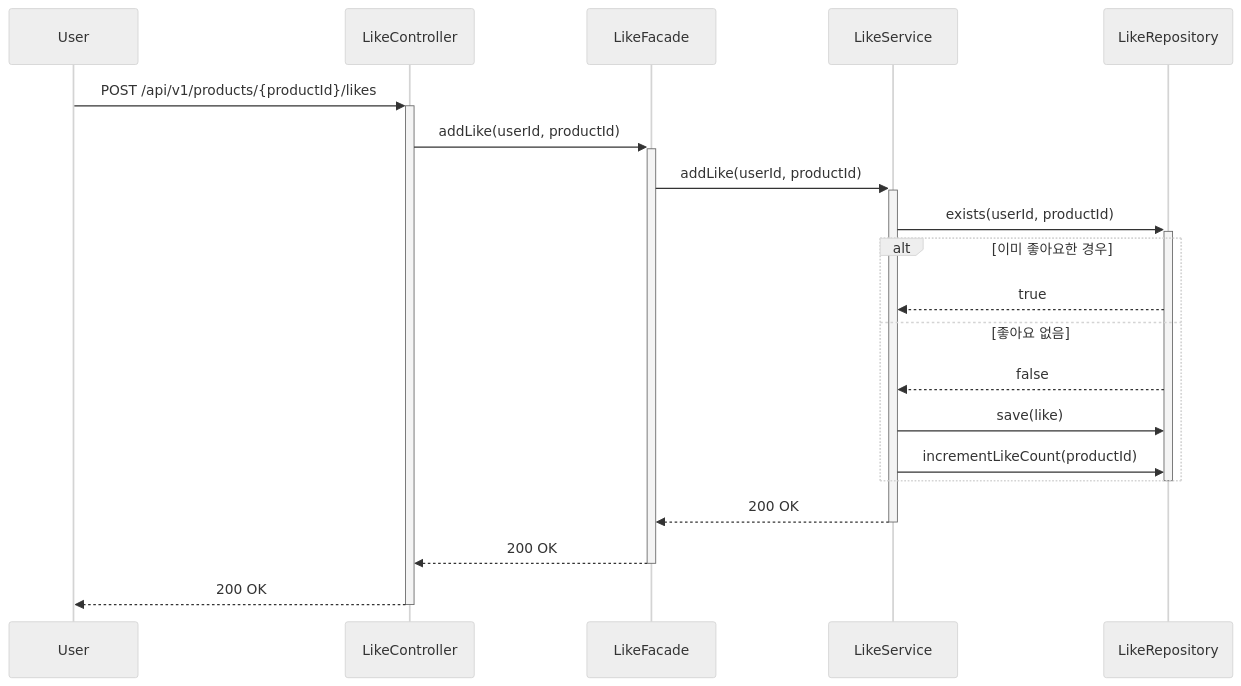
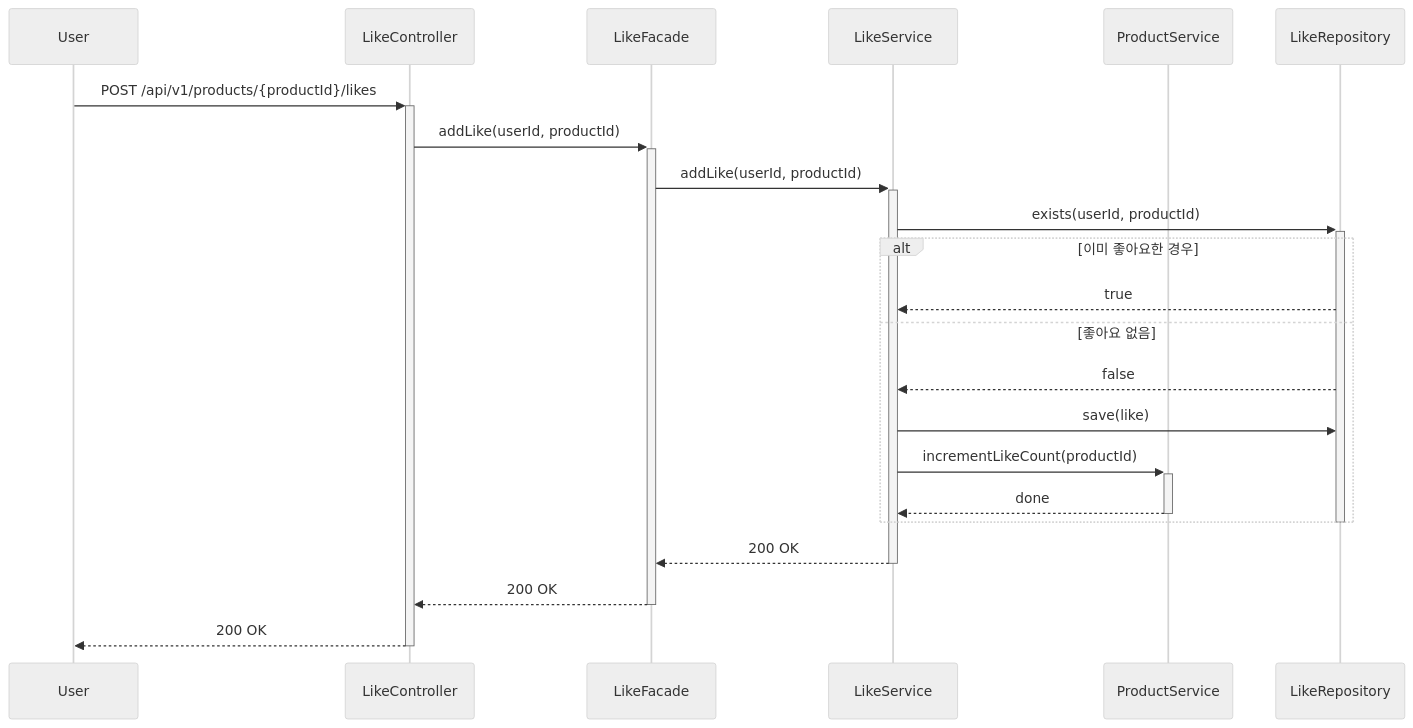
Before and after one commit to loopers-labs/loop-pack-be-l2-vol4-java: the fourth of 17 diagrams in docs/week2/02-sequence-diagrams.md, drawn with Mermaid (neutral theme). The commit also changed other lines of this file, not shown here.

First line of the commit message:
docs: 시퀀스 다이어그램 책임 주체 명확화

````diff
--- a/docs/week2/02-sequence-diagrams.md
+++ b/docs/week2/02-sequence-diagrams.md
@@ -105,26 +105,28 @@
 ```mermaid
 sequenceDiagram
     participant User
     participant LikeController
     participant LikeFacade
     participant LikeService
+    participant ProductService
     participant LikeRepository
 
     User->>+LikeController: POST /api/v1/products/{productId}/likes
     LikeController->>+LikeFacade: addLike(userId, productId)
     LikeFacade->>+LikeService: addLike(userId, productId)
     LikeService->>+LikeRepository: exists(userId, productId)
 
     alt 이미 좋아요한 경우
         LikeRepository-->>LikeService: true
     else 좋아요 없음
         LikeRepository-->>LikeService: false
         LikeService->>LikeRepository: save(like)
-        LikeService->>LikeRepository: incrementLikeCount(productId)
+        LikeService->>+ProductService: incrementLikeCount(productId)
+        ProductService-->>-LikeService: done
     end
 
     deactivate LikeRepository
     LikeService-->>-LikeFacade: 200 OK
     LikeFacade-->>-LikeController: 200 OK
     LikeController-->>-User: 200 OK
 ```
````
